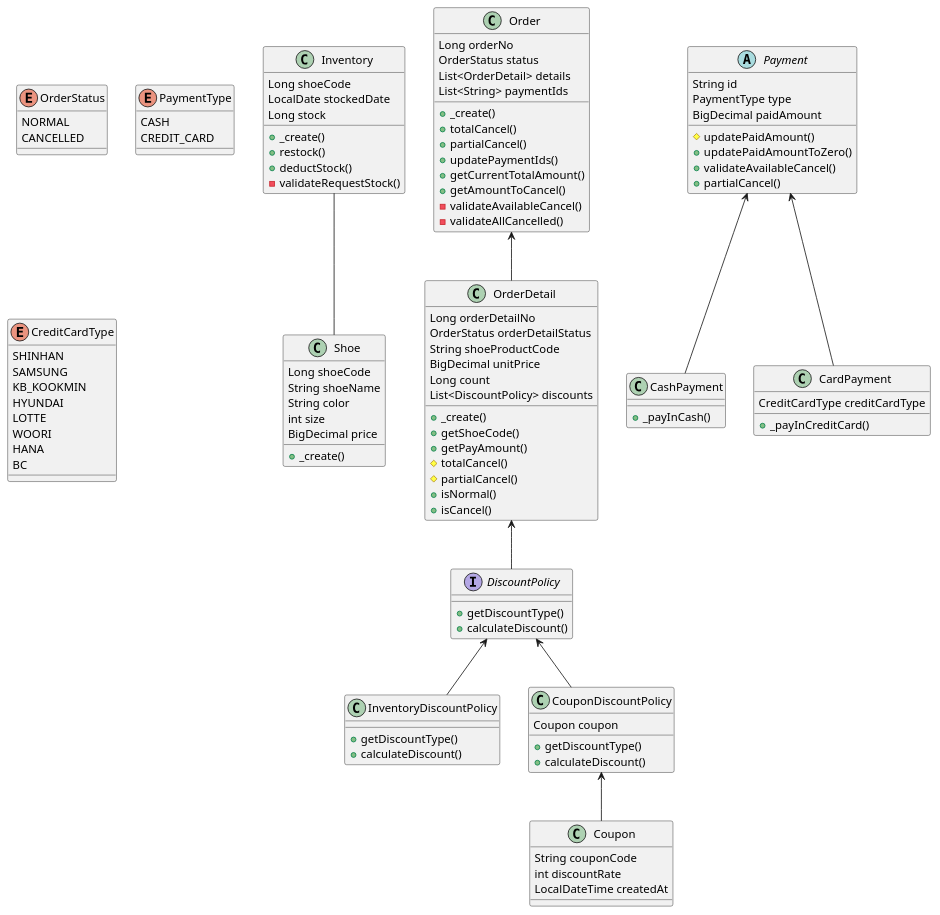
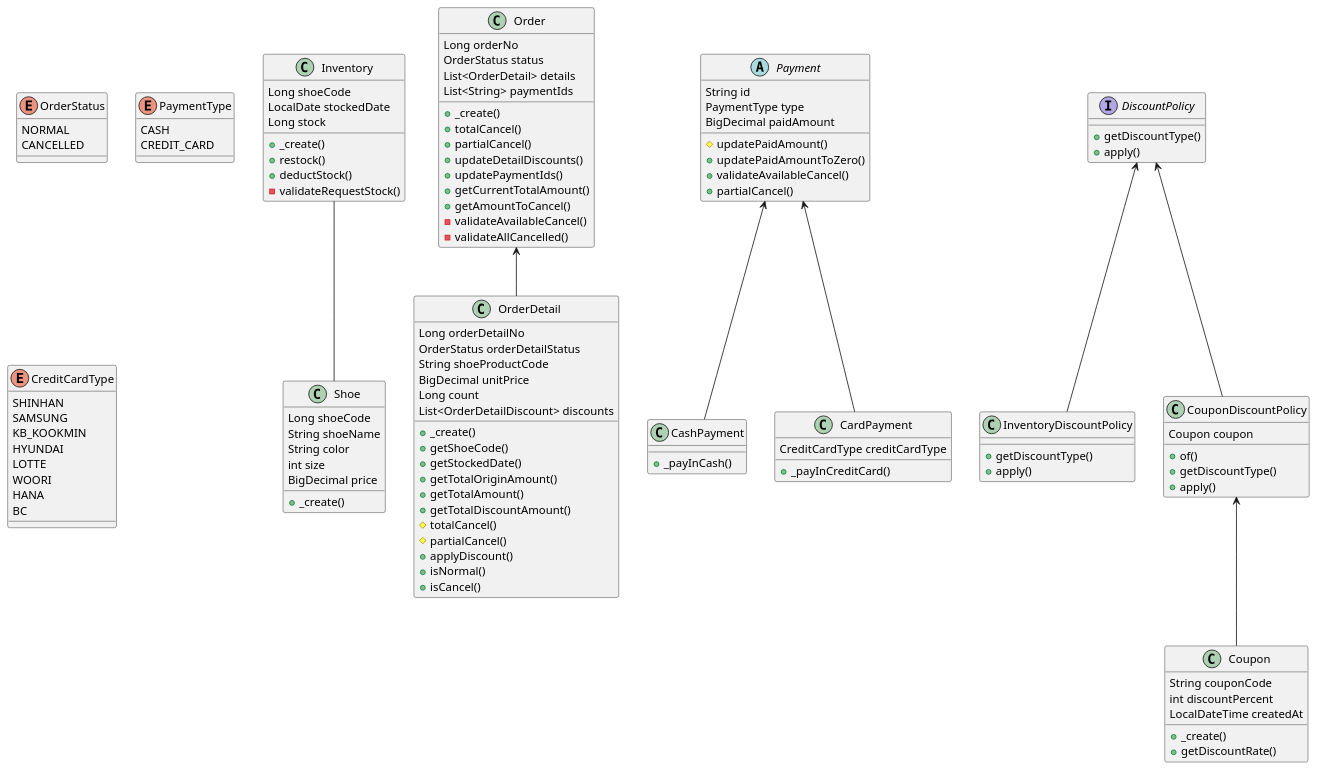
Before and after one commit to ABC-Mart-Owners-club/namjoon-shoe-store: the diagram in docs/DomainStructure.puml, drawn with PlantUML. The commit also changed 18 other files, not shown here.

```diff
--- a/docs/DomainStructure.puml
+++ b/docs/DomainStructure.puml
@@ -1,124 +1,131 @@
 @startuml
 
 class Shoe {
 Long shoeCode
 String shoeName
 String color
 int size
 BigDecimal price
 + _create()
 }
 
 enum OrderStatus {
 NORMAL
 CANCELLED
 }
 
 class Order {
 Long orderNo
 OrderStatus status
 List<OrderDetail> details
 List<String> paymentIds
 + _create()
 + totalCancel()
 + partialCancel()
++ updateDetailDiscounts()
 + updatePaymentIds()
 + getCurrentTotalAmount()
 + getAmountToCancel()
 - validateAvailableCancel()
 - validateAllCancelled()
 }
 
 class OrderDetail {
 Long orderDetailNo
 OrderStatus orderDetailStatus
 String shoeProductCode
 BigDecimal unitPrice
 Long count
-List<DiscountPolicy> discounts
+List<OrderDetailDiscount> discounts
 + _create()
 + getShoeCode()
-+ getPayAmount()
++ getStockedDate()
++ getTotalOriginAmount()
++ getTotalAmount()
++ getTotalDiscountAmount()
 # totalCancel()
 # partialCancel()
++ applyDiscount()
 + isNormal()
 + isCancel()
 }
 
 enum PaymentType {
 CASH
 CREDIT_CARD
 }
 
 enum CreditCardType {
 SHINHAN
 SAMSUNG
 KB_KOOKMIN
 HYUNDAI
 LOTTE
 WOORI
 HANA
 BC
 }
 
 abstract class Payment {
 String id
 PaymentType type
 BigDecimal paidAmount
 # updatePaidAmount()
 + updatePaidAmountToZero()
 + validateAvailableCancel()
 + partialCancel()
 }
 
 class CashPayment {
 + _payInCash()
 }
 
 class CardPayment {
 CreditCardType creditCardType
 + _payInCreditCard()
 }
 
 class Inventory {
 Long shoeCode
 LocalDate stockedDate
 Long stock
 + _create()
 + restock()
 + deductStock()
 - validateRequestStock()
 }
 
 interface DiscountPolicy {
 + getDiscountType()
-+ calculateDiscount()
++ apply()
 }
 
 class InventoryDiscountPolicy {
 + getDiscountType()
-+ calculateDiscount()
++ apply()
 }
 
 class CouponDiscountPolicy {
 Coupon coupon
++ of()
 + getDiscountType()
-+ calculateDiscount()
++ apply()
 }
 
 class Coupon {
 String couponCode
-int discountRate
+int discountPercent
 LocalDateTime createdAt
++ _create()
++ getDiscountRate()
 }
 
 Order <-- OrderDetail
 Payment <-- CashPayment
 Payment <-- CardPayment
 Inventory -- Shoe
-OrderDetail <-- DiscountPolicy
 DiscountPolicy <-- InventoryDiscountPolicy
 DiscountPolicy <-- CouponDiscountPolicy
 CouponDiscountPolicy <-- Coupon
 
 @enduml
```
